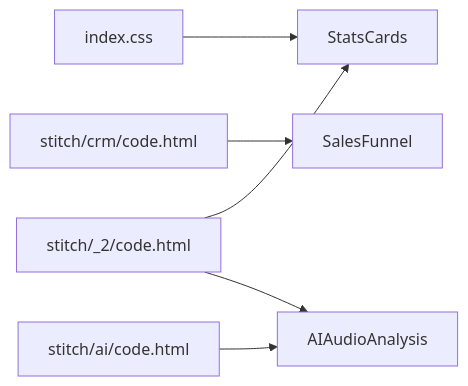
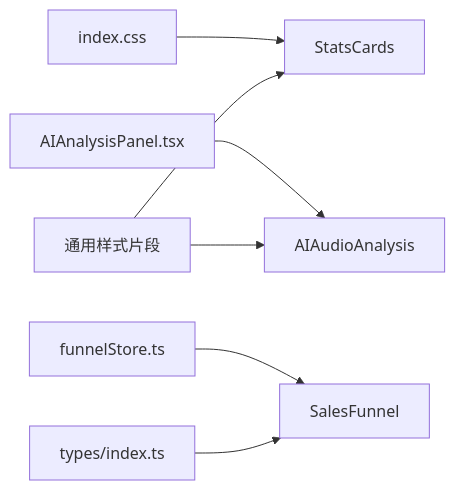
One commit to xianjianshenqu/SalesFlow-CRM changed the sixth of 6 diagrams in .qoder/repowiki/zh/content/UI_UX设计/组件库规范/数据展示组件规范.md. Above: the diagram before and after it, drawn with Mermaid. The commit also changed other lines of this file and 25 other files, not shown here.

````diff
--- a/.qoder/repowiki/zh/content/UI_UX设计/组件库规范/数据展示组件规范.md
+++ b/.qoder/repowiki/zh/content/UI_UX设计/组件库规范/数据展示组件规范.md
@@ -284,8 +331,9 @@
 ```mermaid
 graph LR
 CSS["index.css"] --> STATS["StatsCards"]
-CRM["stitch/crm/code.html"] --> FUNNEL["SalesFunnel"]
-AI["stitch/ai/code.html"] --> AUDIO["AIAudioAnalysis"]
-COMMON["stitch/_2/code.html"] --> STATS
+STORE["funnelStore.ts"] --> FUNNEL["SalesFunnel"]
+TYPES["types/index.ts"] --> FUNNEL
+AI["AIAnalysisPanel.tsx"] --> AUDIO["AIAudioAnalysis"]
+COMMON["通用样式片段"] --> STATS
 COMMON --> AUDIO
 ```
````
